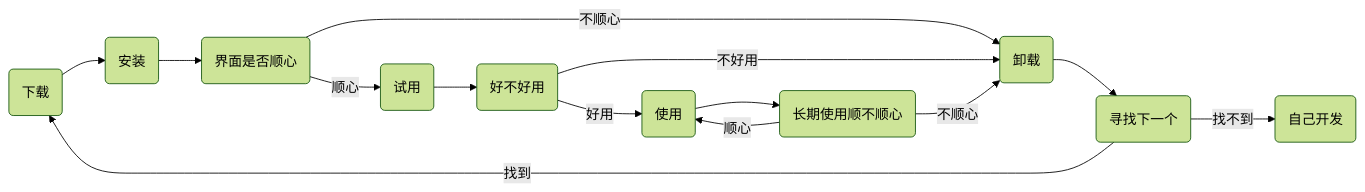
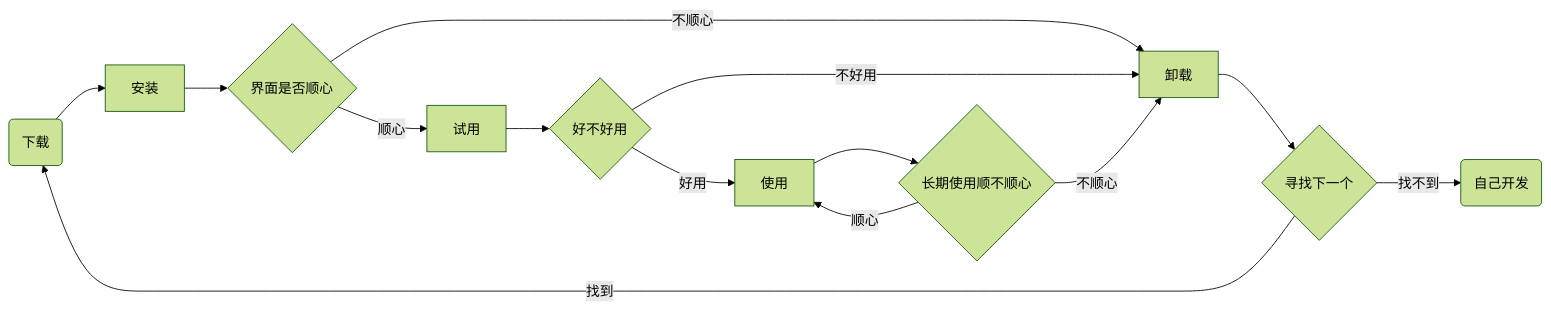
The diagram in vscode.md (munch1182/md), drawn with Mermaid (forest theme) before and after one commit. The commit also changed other lines of this file and 1 other file, not shown here.

````diff
--- a/vscode.md
+++ b/vscode.md
@@ -56,16 +56,16 @@
         ```mermaid
         graph LR
-        A(下载) --> B(安装)
-        B --> C(界面是否顺心)
-        C --> | 顺心 | D(试用)
-        C --> |不顺心| E(卸载)
-        E --> F(寻找下一个)        
-        D --> G(好不好用)
-        G -->  |好用| H(使用)
+        A(下载) --> B[安装]
+        B --> C{界面是否顺心}
+        C --> | 顺心 | D[试用]
+        C --> |不顺心| E[卸载]
+        E --> F{寻找下一个}
+        D --> G{好不好用}
+        G -->  |好用| H[使用]
         G -->  |不好用| E
-        H --> I(长期使用顺不顺心)
+        H --> I{长期使用顺不顺心}
         I --> |顺心| H
         I --> |不顺心| E
         F --> |找不到| J(自己开发)
         F --> |找到| A
         ```
````
